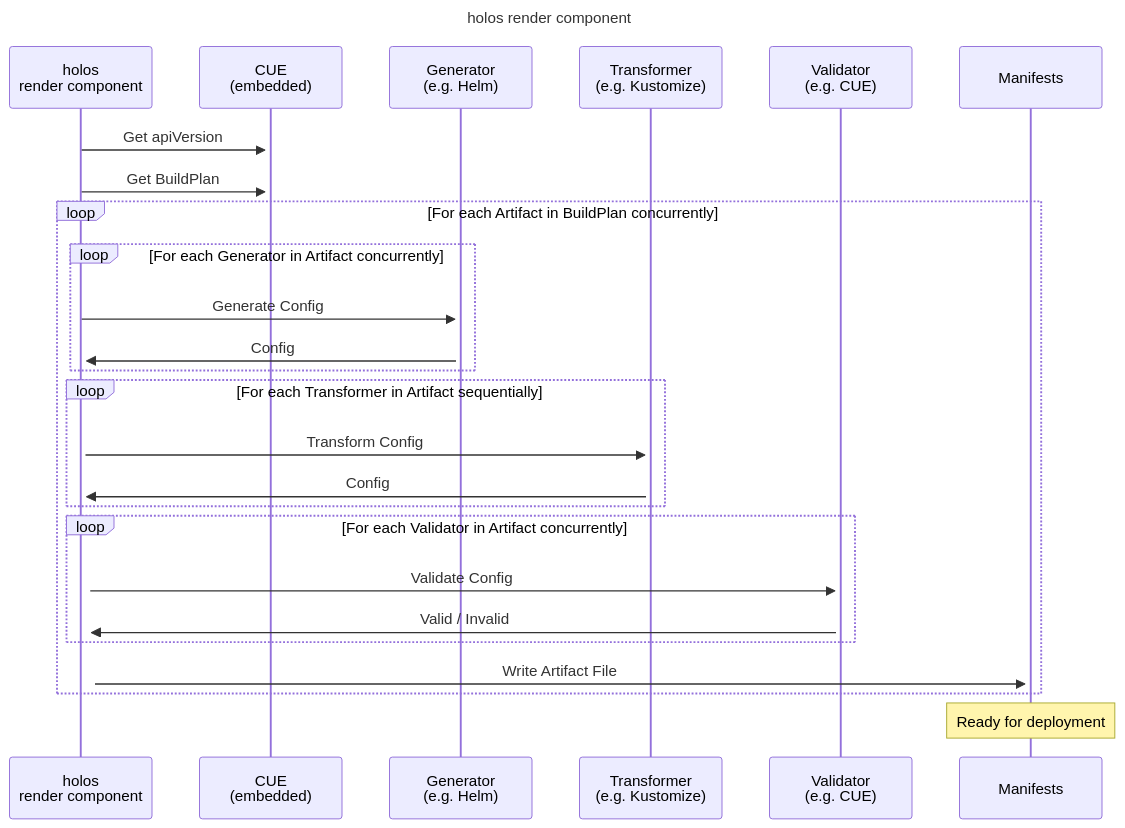
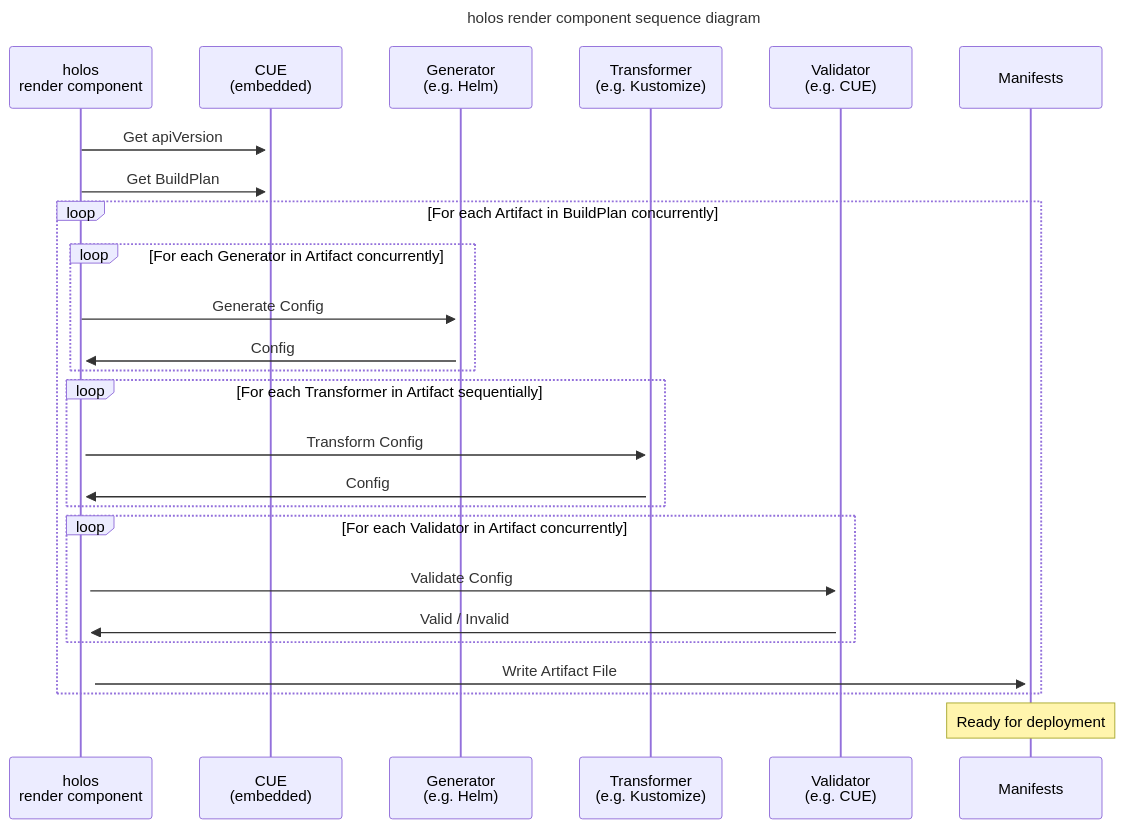
The diagram in doc/website/src/diagrams/render-component-sequence.mdx (holos-run/holos), drawn with Mermaid before and after one commit. The commit also changed 9 other files, not shown here.

First line of the commit message:
docs: consolidate diagrams to @site/src/diagrams/

````diff
--- a/doc/website/src/diagrams/render-component-sequence.mdx
+++ b/doc/website/src/diagrams/render-component-sequence.mdx
@@ -1,31 +1,31 @@
 ```mermaid
 ---
-title: holos render component
+title: holos render component sequence diagram
 ---
 sequenceDiagram
   participant HRC as holos<br />render component
   participant CUE as CUE<br />(embedded)
   participant G as Generator<br />(e.g. Helm)
   participant T as Transformer<br />(e.g. Kustomize)
   participant V as Validator<br />(e.g. CUE)
   participant M as Manifests
 
   HRC ->>+ CUE: Get apiVersion
   HRC ->>+ CUE: Get BuildPlan
   loop For each Artifact in BuildPlan concurrently
     loop For each Generator in Artifact concurrently
         HRC ->>+ G: Generate Config
         G ->>+ HRC: Config
     end
     loop For each Transformer in Artifact sequentially
         HRC ->>+ T: Transform Config
         T ->>+ HRC: Config
     end
     loop For each Validator in Artifact concurrently
         HRC ->>+ V: Validate Config
         V ->>+ HRC: Valid / Invalid
     end
     HRC ->>+ M: Write Artifact File
   end
   Note over M: Ready for deployment
 ```
````
